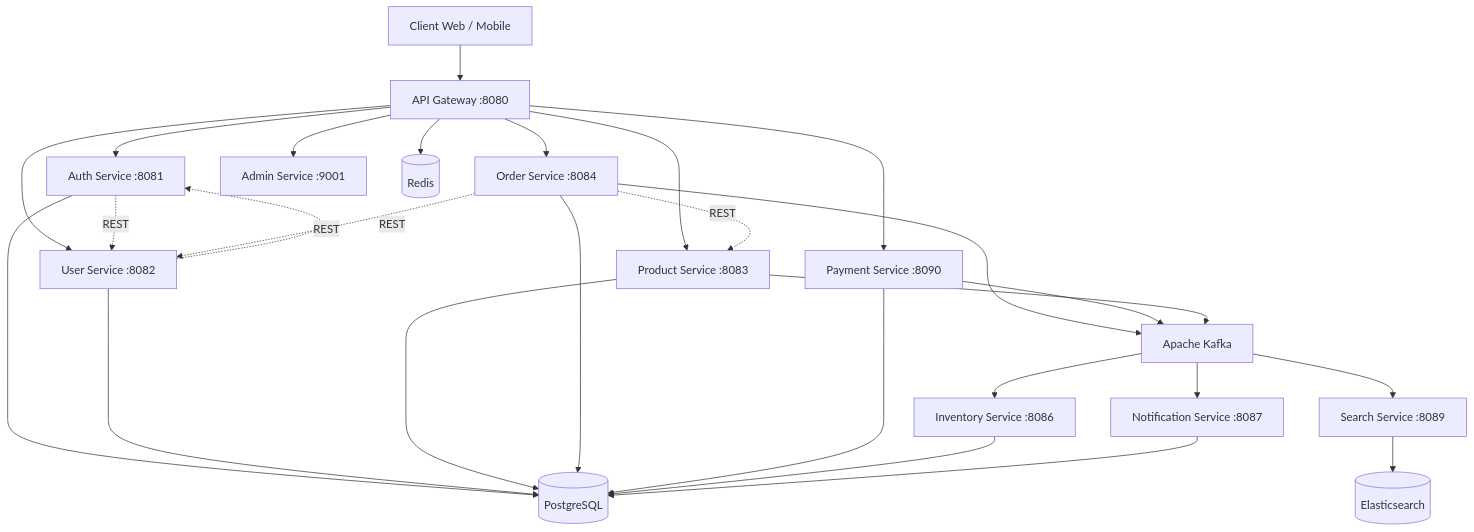
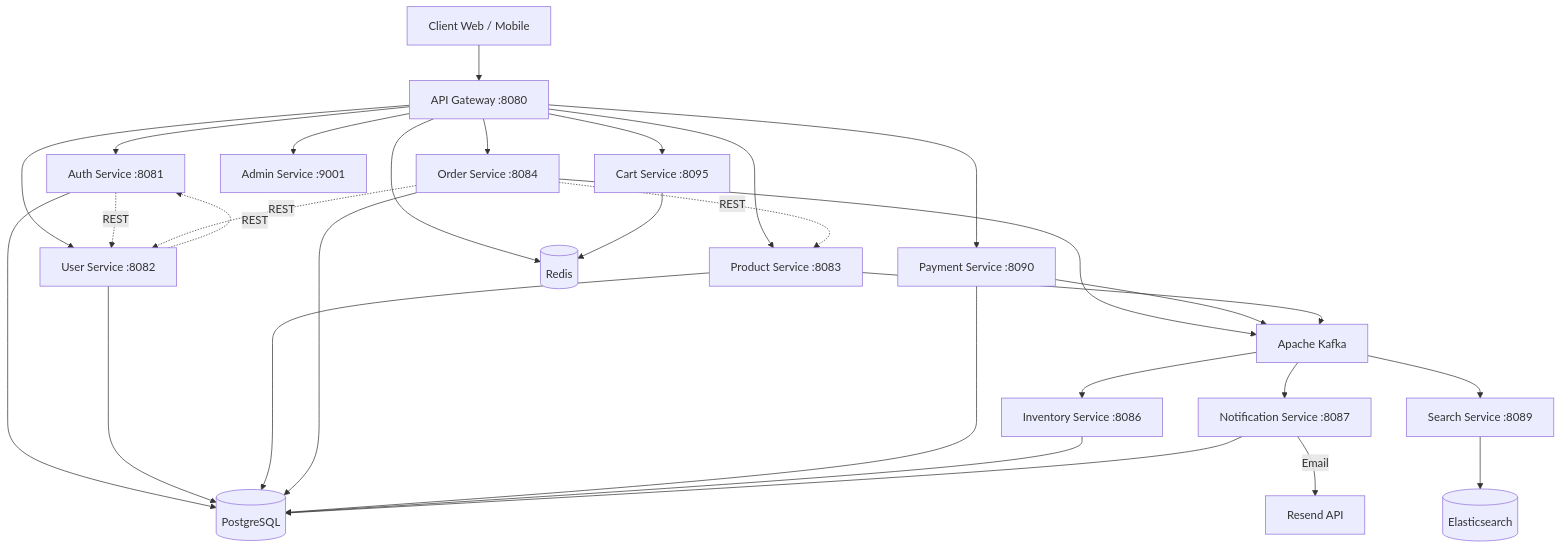
The diagram in README.md (rea1dias/ShopGrid), drawn with Mermaid before and after one commit. The commit also changed other lines of this file, not shown here.

````diff
--- a/README.md
+++ b/README.md
@@ -17,36 +11,40 @@
 ```mermaid
 flowchart TD
     Client[Client Web / Mobile] --> Gateway[API Gateway :8080]
 
     Gateway --> Auth[Auth Service :8081]
     Gateway --> User[User Service :8082]
     Gateway --> Product[Product Service :8083]
     Gateway --> Order[Order Service :8084]
     Gateway --> Payment[Payment Service :8090]
     Gateway --> Admin[Admin Service :9001]
+    Gateway --> Cart[Cart Service :8095]
 
     Order --> Kafka[Apache Kafka]
     Payment --> Kafka
     Product --> Kafka
 
     Kafka --> Inventory[Inventory Service :8086]
     Kafka --> Notification[Notification Service :8087]
     Kafka --> Search[Search Service :8089]
 
     Search --> Elasticsearch[(Elasticsearch)]
 
     Auth --> PostgreSQL[(PostgreSQL)]
     User --> PostgreSQL
     Product --> PostgreSQL
     Order --> PostgreSQL
     Payment --> PostgreSQL
     Inventory --> PostgreSQL
     Notification --> PostgreSQL
 
     Gateway --> Redis[(Redis)]
+    Cart --> Redis
 
     Auth -.->|REST| User
     User -.->|REST| Auth
     Order -.->|REST| Product
     Order -.->|REST| User
+
+    Notification -->|Email| Resend[Resend API]
 ```
````
